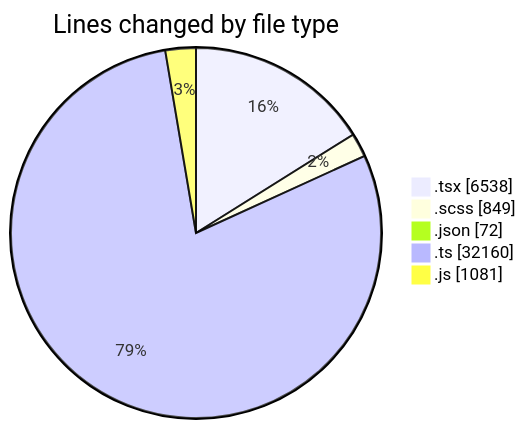
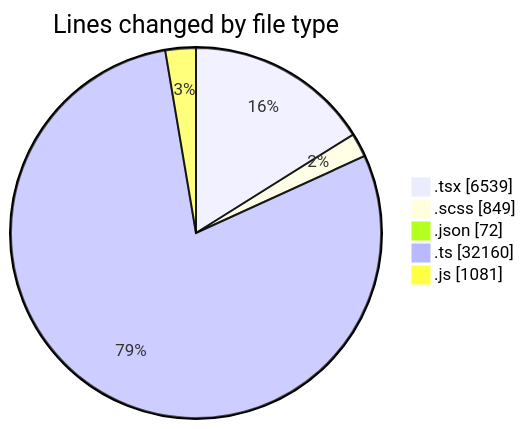
The first of 2 diagrams in 2026-10-20/cda/README.md (momahboobian/code-tracking), drawn with Mermaid before and after one commit. The commit also changed other lines of this file and 1 other file, not shown here.

````diff
--- a/2026-10-20/cda/README.md
+++ b/2026-10-20/cda/README.md
@@ -51,9 +51,9 @@
 ```mermaid
 pie showData
 title Lines changed by file type
-".tsx" : 6538
+".tsx" : 6539
 ".scss" : 849
 ".json" : 72
 ".ts" : 32160
 ".js" : 1081
 ```
````
